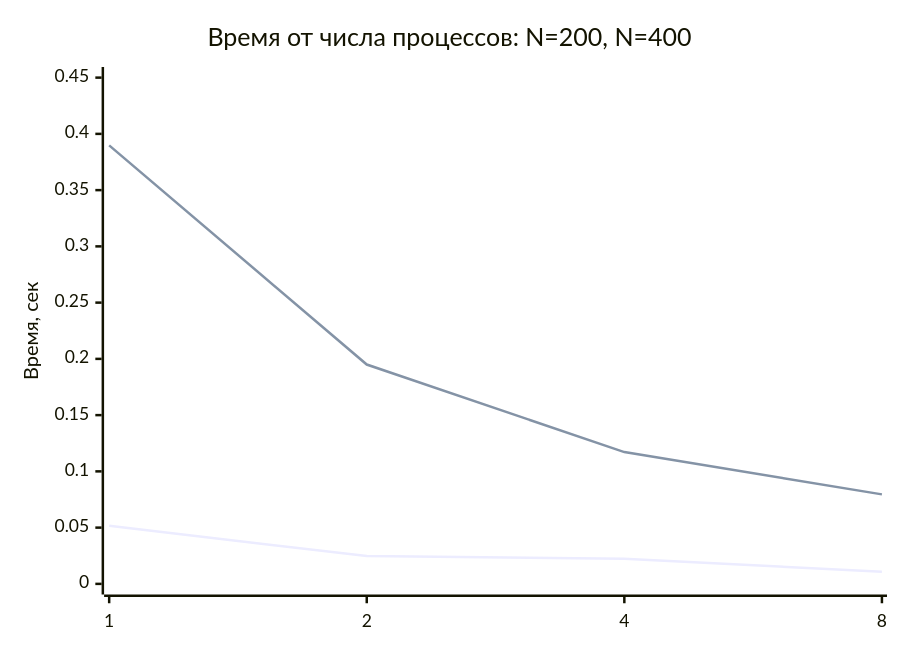
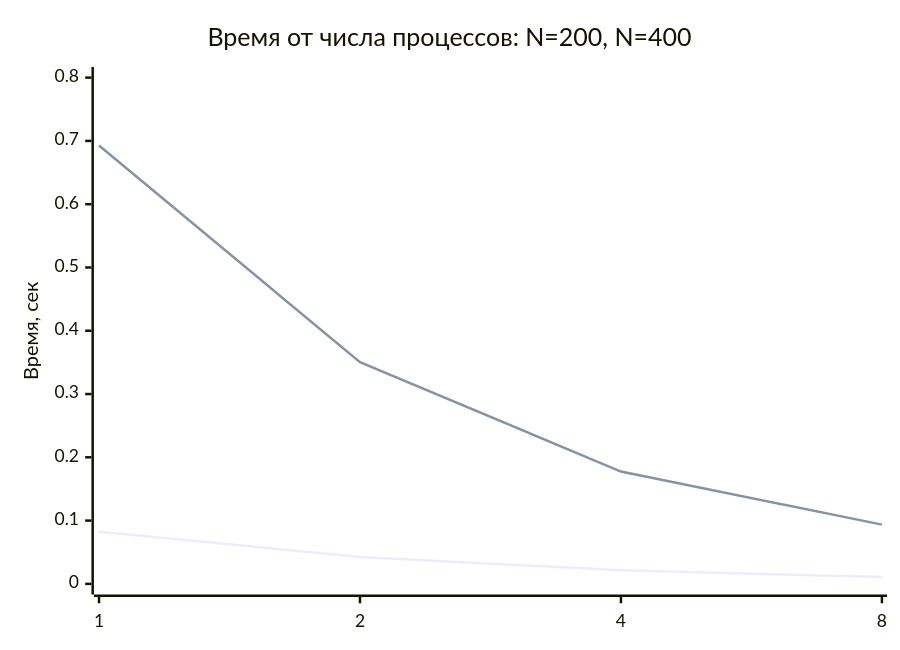
The first of 5 diagrams in README.md (sanek4338/Parallelnoe_Programming), drawn with Mermaid before and after one commit. The commit also changed other lines of this file and 1 other file, not shown here.

````diff
--- a/README.md
+++ b/README.md
@@ -91,8 +77,8 @@
 ```mermaid
 xychart-beta
     title "Время от числа процессов: N=200, N=400"
     x-axis [1, 2, 4, 8]
-    y-axis "Время, сек" 0 --> 0.45
-    line "N=200" [0.051636, 0.024686, 0.022407, 0.010757]
-    line "N=400" [0.389792, 0.194983, 0.117163, 0.079563]
+    y-axis "Время, сек" 0 --> 0.8
+    line "N=200" [0.0822348, 0.0425924, 0.0213436, 0.0109520]
+    line "N=400" [0.6928440, 0.3503730, 0.1774860, 0.0936665]
 ```
````
